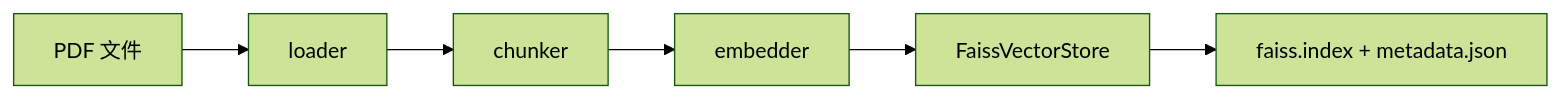
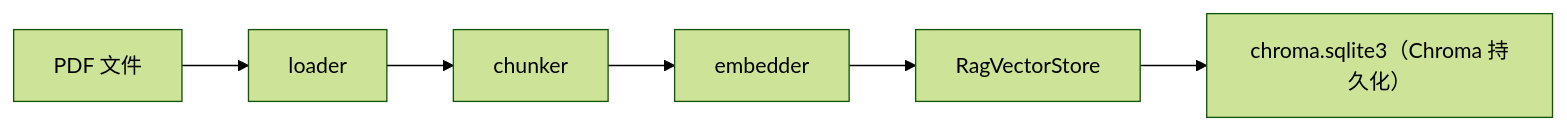
Before and after one commit to fff2817/agent: the diagram in docs/rag.md, drawn with Mermaid (forest theme). The commit also changed other lines of this file and 34 other files, not shown here.

First line of the commit message:
Align docs and naming with Chroma after FAISS removal.

````diff
--- a/docs/rag.md
+++ b/docs/rag.md
@@ -111,8 +111,8 @@
 ```mermaid
 flowchart LR
     PDF[PDF 文件] --> L[loader]
     L --> C[chunker]
     C --> E[embedder]
-    E --> VS[FaissVectorStore]
-    VS --> DISK[faiss.index + metadata.json]
+    E --> VS[RagVectorStore]
+    VS --> DISK[chroma.sqlite3（Chroma 持久化）]
 ```
````
